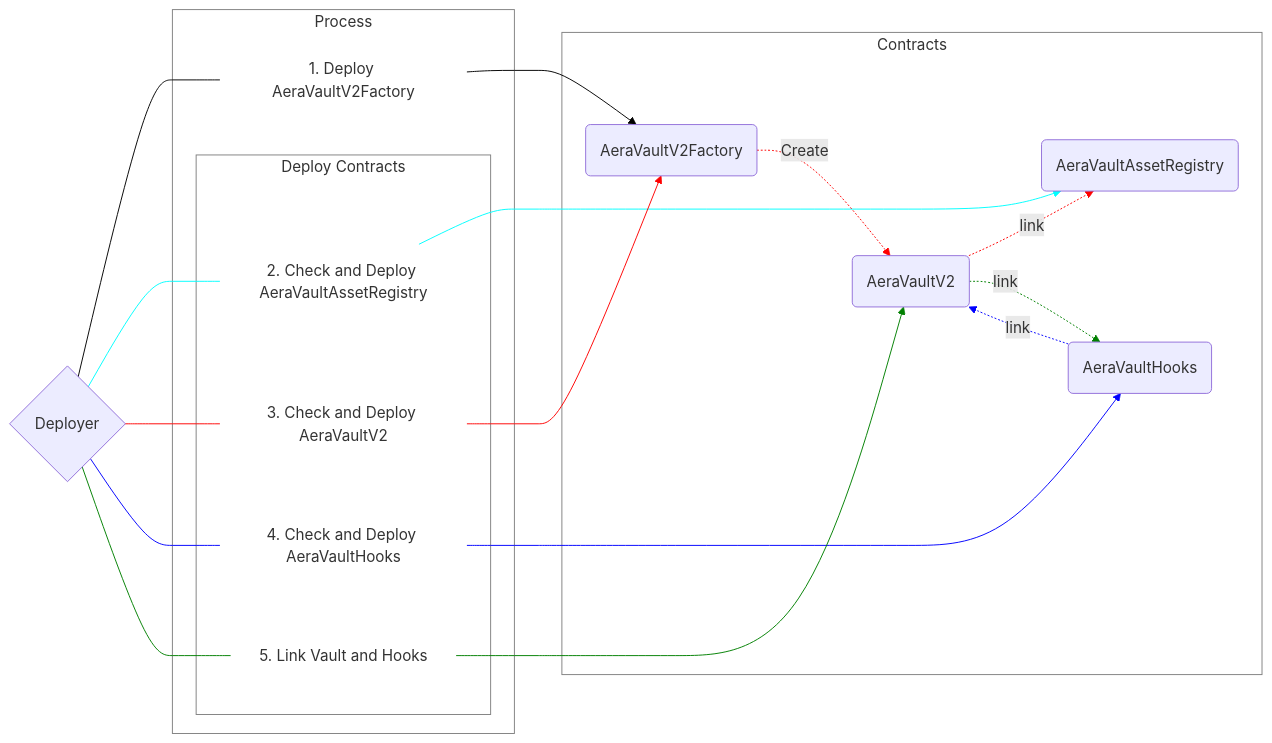
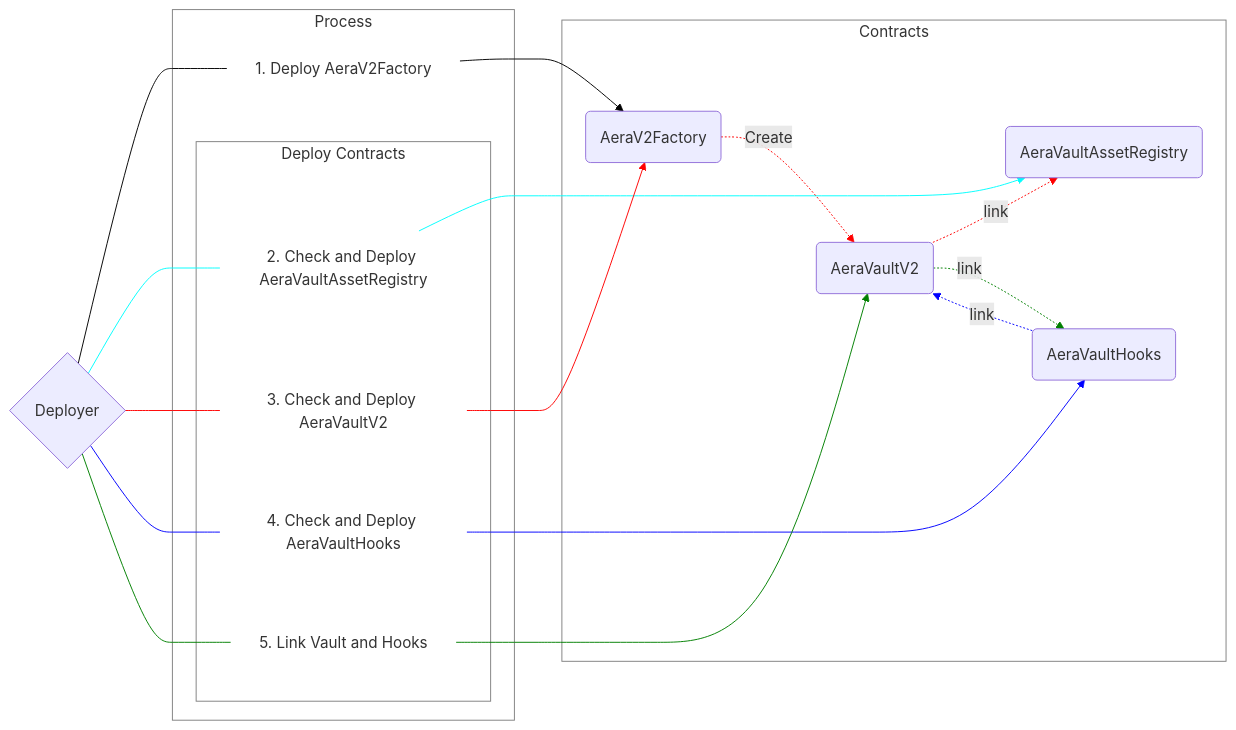
One commit to 0xb10ckdev/Aera-Vault-V2 changed the diagram in README.md. Above: the diagram before and after it, drawn with Mermaid. The commit also changed other lines of this file and 13 other files, not shown here.

Commit message:
rename AeraVaultV2Factory to AeraV2Factory

````diff
--- a/README.md
+++ b/README.md
@@ -117,42 +117,42 @@
 ```mermaid
 graph LR
     D{Deployer}
     subgraph Contracts
-        F(AeraVaultV2Factory)
+        F(AeraV2Factory)
         A(AeraVaultAssetRegistry)
         V(AeraVaultV2)
         H(AeraVaultHooks)
     end
     subgraph Process
-        S1[1. Deploy AeraVaultV2Factory]:::Process
+        S1[1. Deploy AeraV2Factory]:::Process
         subgraph DeployContracts[Deploy Contracts]
             S2[2. Check and Deploy AeraVaultAssetRegistry]:::Process
             S3[3. Check and Deploy AeraVaultV2]:::Process
             S4[4. Check and Deploy AeraVaultHooks]:::Process
             S5[5. Link Vault and Hooks]:::Process
         end
     end
     D --- S1 --> F
     D --- S2 --> A
     D --- S3 --> F -. Create .-> V -. link .-> A
     D --- S4 --> H -. link .-> V
     D --- S5 --> V -. link .-> H
 
     %% ===== This is just for order of process =====
     S1 --- A
     S2 --- H
     %% =============================================
 
     linkStyle 0,1 stroke:black
     linkStyle 2,3 stroke:cyan
     linkStyle 4,5,6,7 stroke:red
     linkStyle 8,9,10 stroke:blue
     linkStyle 11,12,13 stroke:green
     linkStyle 14,15 stroke:none
 
     classDef Process fill:none,stroke:none
 
     style Process fill:none,stroke:grey
     style DeployContracts fill:none,stroke:grey
     style Contracts fill:none,stroke:grey
 ```
````
